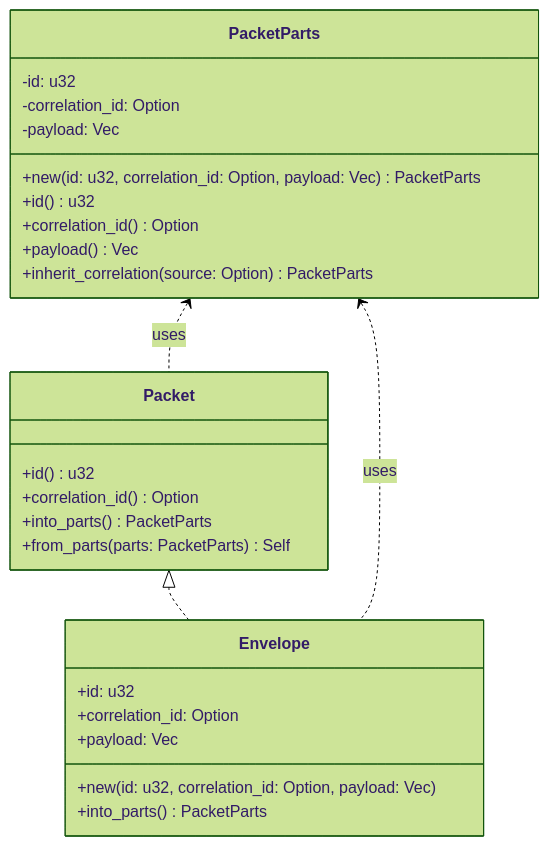
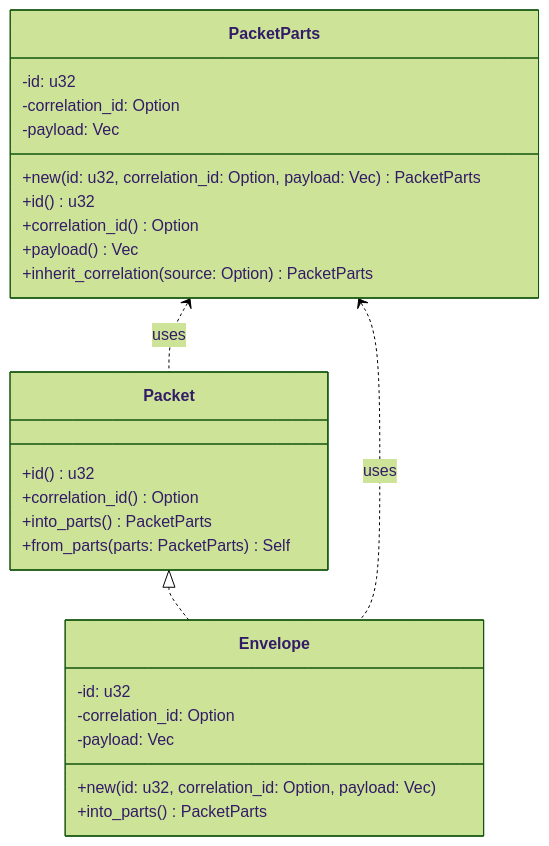
One commit to leynos/wireframe changed the fourth of 6 diagrams in docs/rust-binary-router-library-design.md. Above: the diagram before and after it, drawn with Mermaid (forest theme).

Commit message:
Mark Envelope fields private in class diagram

````diff
--- a/docs/rust-binary-router-library-design.md
+++ b/docs/rust-binary-router-library-design.md
@@ -507,29 +507,29 @@
 ```mermaid
 classDiagram
     class Packet {
         +id() u32
         +correlation_id() Option<u64>
         +into_parts() PacketParts
         +from_parts(parts: PacketParts) Self
     }
     class PacketParts {
         -id: u32
         -correlation_id: Option<u64>
         -payload: Vec<u8>
         +new(id: u32, correlation_id: Option<u64>, payload: Vec<u8>) PacketParts
         +id() u32
         +correlation_id() Option<u64>
         +payload() Vec<u8>
         +inherit_correlation(source: Option<u64>) PacketParts
     }
     class Envelope {
-        +id: u32
-        +correlation_id: Option<u64>
-        +payload: Vec<u8>
+        -id: u32
+        -correlation_id: Option<u64>
+        -payload: Vec<u8>
         +new(id: u32, correlation_id: Option<u64>, payload: Vec<u8>)
         +into_parts() PacketParts
     }
     Packet <|.. Envelope
     PacketParts <.. Envelope : uses
     PacketParts <.. Packet : uses
 ```
````
